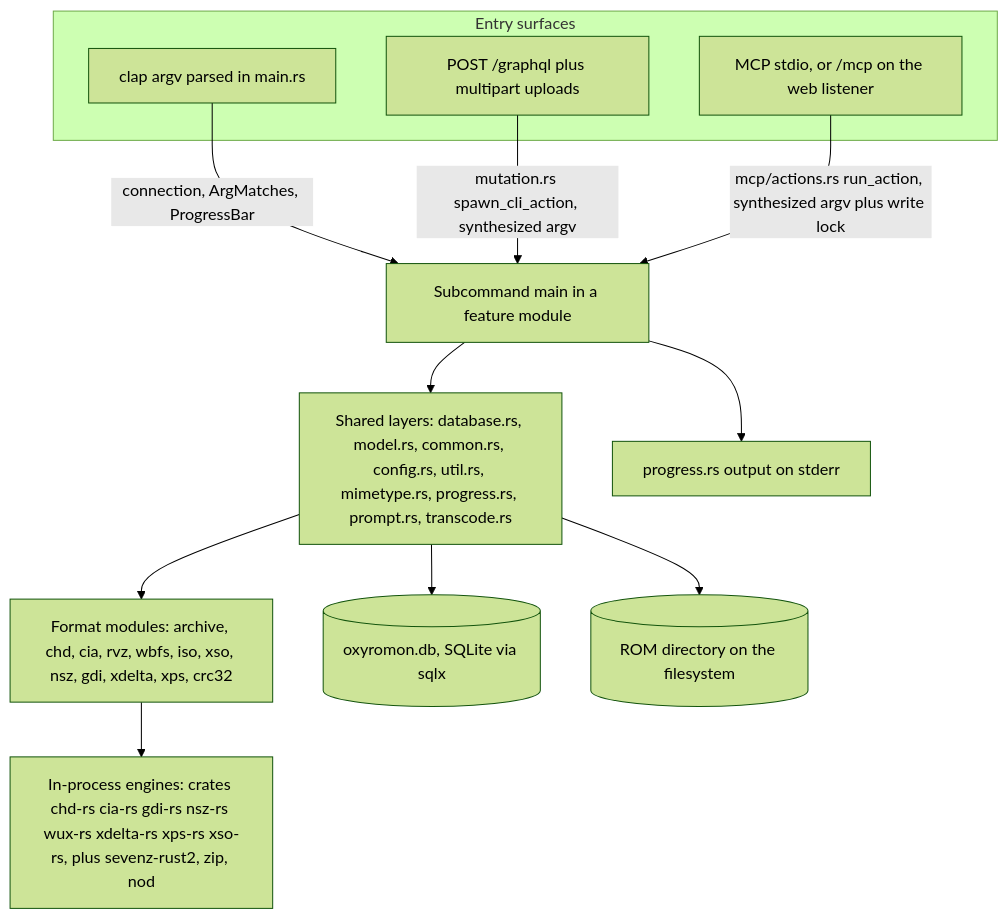
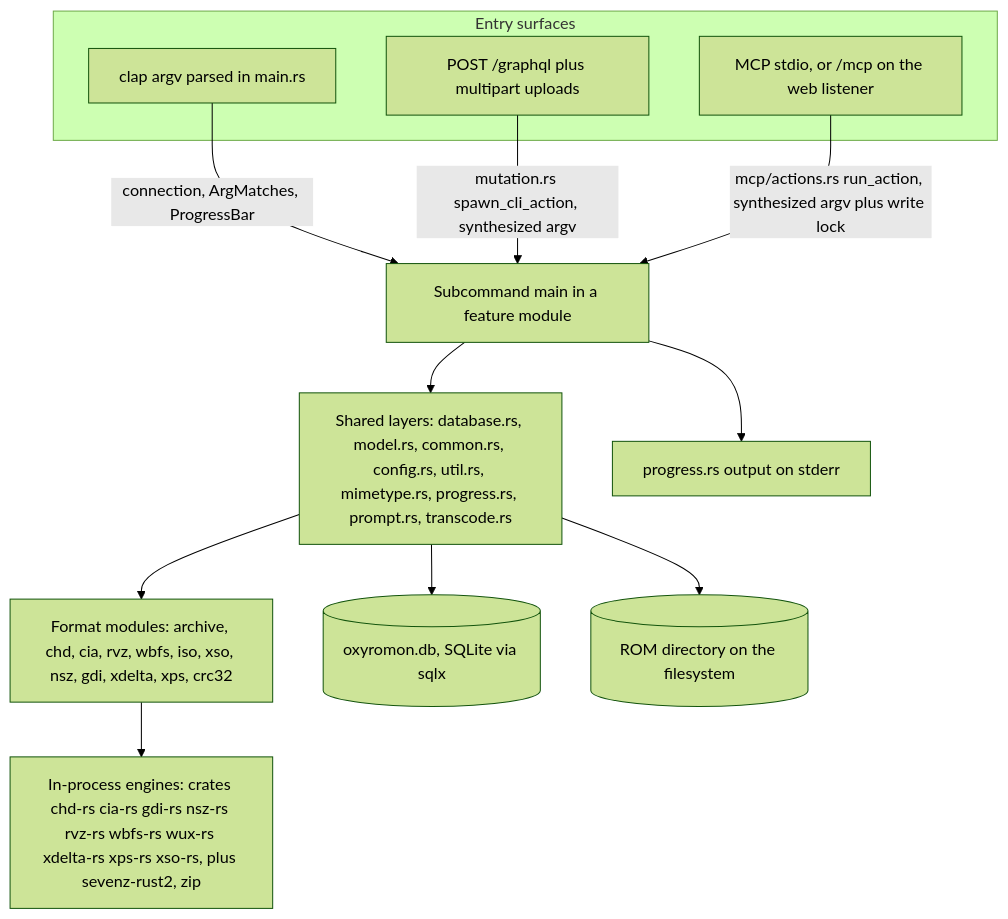
The first of 2 diagrams in openwiki/architecture/overview.md (alucryd/oxyromon), drawn with Mermaid (forest theme) before and after one commit. The commit also changed other lines of this file and 67 other files, not shown here.

````diff
--- a/openwiki/architecture/overview.md
+++ b/openwiki/architecture/overview.md
@@ -101,19 +103,19 @@
 ```mermaid
 flowchart TD
   subgraph SURFACES["Entry surfaces"]
     CLI["clap argv parsed in main.rs"]
     GQL["POST /graphql plus multipart uploads"]
     MCPC["MCP stdio, or /mcp on the web listener"]
   end
 
   CLI -->|"connection, ArgMatches, ProgressBar"| SUB["Subcommand main in a feature module"]
   GQL -->|"mutation.rs spawn_cli_action, synthesized argv"| SUB
   MCPC -->|"mcp/actions.rs run_action, synthesized argv plus write lock"| SUB
 
   SUB --> SHARED["Shared layers: database.rs, model.rs, common.rs, config.rs, util.rs, mimetype.rs, progress.rs, prompt.rs, transcode.rs"]
   SHARED --> FMT["Format modules: archive, chd, cia, rvz, wbfs, iso, xso, nsz, gdi, xdelta, xps, crc32"]
-  FMT --> CRATES["In-process engines: crates chd-rs cia-rs gdi-rs nsz-rs wux-rs xdelta-rs xps-rs xso-rs, plus sevenz-rust2, zip, nod"]
+  FMT --> CRATES["In-process engines: crates chd-rs cia-rs gdi-rs nsz-rs rvz-rs wbfs-rs wux-rs xdelta-rs xps-rs xso-rs, plus sevenz-rust2, zip"]
   SHARED --> SQLITE[("oxyromon.db, SQLite via sqlx")]
   SHARED --> DISK[("ROM directory on the filesystem")]
   SUB --> PROG["progress.rs output on stderr"]
 ```
````
